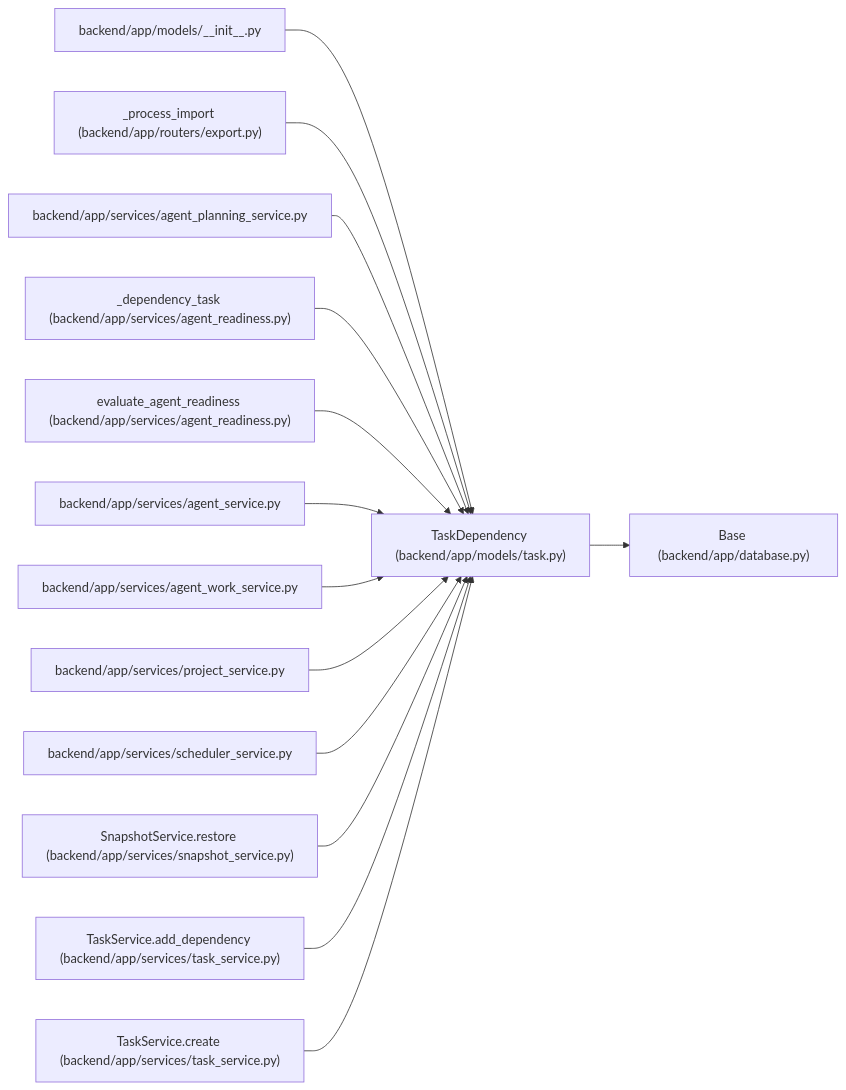
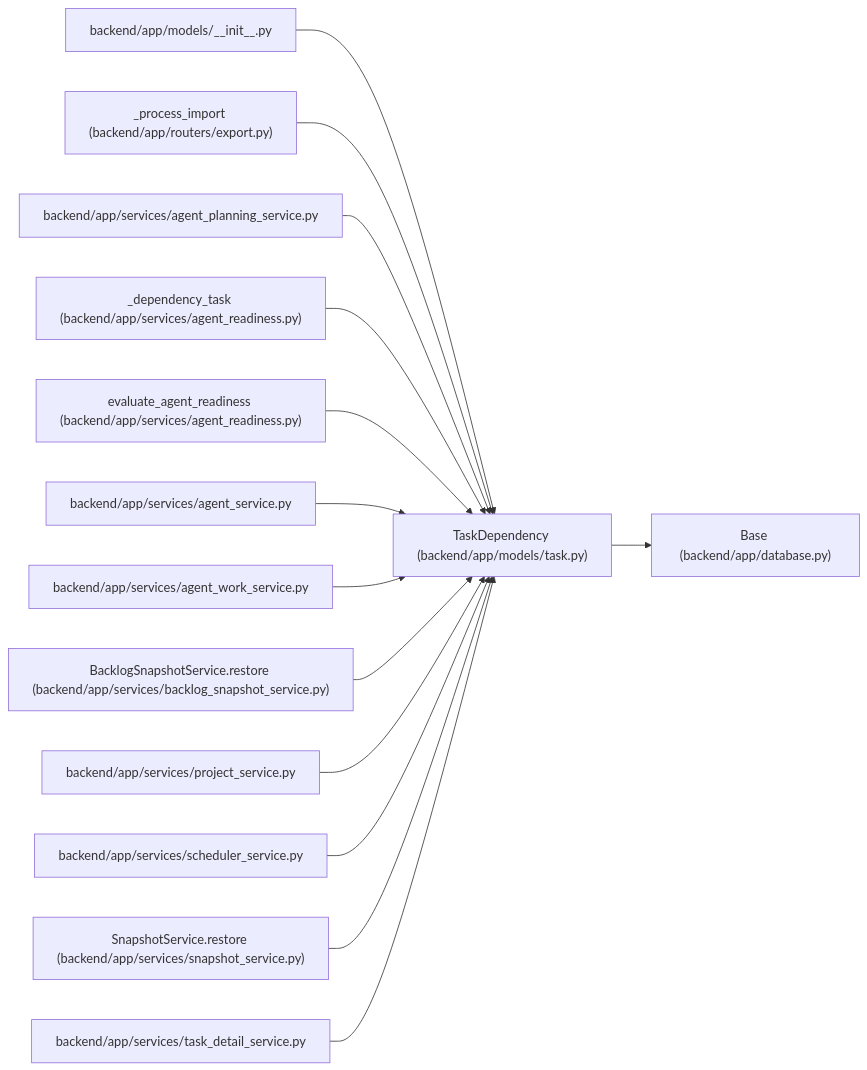
Before and after one commit to Denissvgn/WorkChord: the diagram in docs/llm_wiki/entities/TaskDependency.md, drawn with Mermaid. The commit also changed other lines of this file and 1238 other files, not shown here.

First line of the commit message:
docs(wiki): publish compact canonical domain architecture

````diff
--- a/docs/llm_wiki/entities/TaskDependency.md
+++ b/docs/llm_wiki/entities/TaskDependency.md
@@ -29,44 +29,44 @@
 ```mermaid
 flowchart LR
     n0["TaskDependency (backend/app/models/task.py)"]
     n1["Base (backend/app/database.py)"]
     n2["backend/app/models/__init__.py"]
     n3["_process_import (backend/app/routers/export.py)"]
     n4["backend/app/services/agent_planning_service.py"]
     n5["_dependency_task (backend/app/services/agent_readiness.py)"]
     n6["evaluate_agent_readiness (backend/app/services/agent_readiness.py)"]
     n7["backend/app/services/agent_service.py"]
     n8["backend/app/services/agent_work_service.py"]
-    n9["backend/app/services/project_service.py"]
-    n10["backend/app/services/scheduler_service.py"]
-    n11["SnapshotService.restore (backend/app/services/snapshot_service.py)"]
-    n12["TaskService.add_dependency (backend/app/services/task_service.py)"]
-    n13["TaskService.create (backend/app/services/task_service.py)"]
+    n9["BacklogSnapshotService.restore (backend/app/services/backlog_snapshot_service.py)"]
+    n10["backend/app/services/project_service.py"]
+    n11["backend/app/services/scheduler_service.py"]
+    n12["SnapshotService.restore (backend/app/services/snapshot_service.py)"]
+    n13["backend/app/services/task_detail_service.py"]
     n0 --> n1
     n2 --> n0
     n3 --> n0
     n4 --> n0
     n5 --> n0
     n6 --> n0
     n7 --> n0
     n8 --> n0
     n9 --> n0
     n10 --> n0
     n11 --> n0
     n12 --> n0
     n13 --> n0
     click n0 "../modules/models_task.md"
     click n1 "../modules/app_database.md"
     click n2 "../modules/models___init__.md"
     click n3 "../modules/export.md"
     click n4 "../modules/agent_planning_service.md"
     click n5 "../modules/agent_readiness.md"
     click n6 "../modules/agent_readiness.md"
     click n7 "../modules/agent_service.md"
     click n8 "../modules/agent_work_service.md"
-    click n9 "../modules/project_service.md"
-    click n10 "../modules/scheduler_service.md"
-    click n11 "../modules/snapshot_service.md"
-    click n12 "../modules/task_service.md"
-    click n13 "../modules/task_service.md"
+    click n9 "../modules/backlog_snapshot_service.md"
+    click n10 "../modules/project_service.md"
+    click n11 "../modules/scheduler_service.md"
+    click n12 "../modules/snapshot_service.md"
+    click n13 "../modules/task_detail_service.md"
 ```
````
